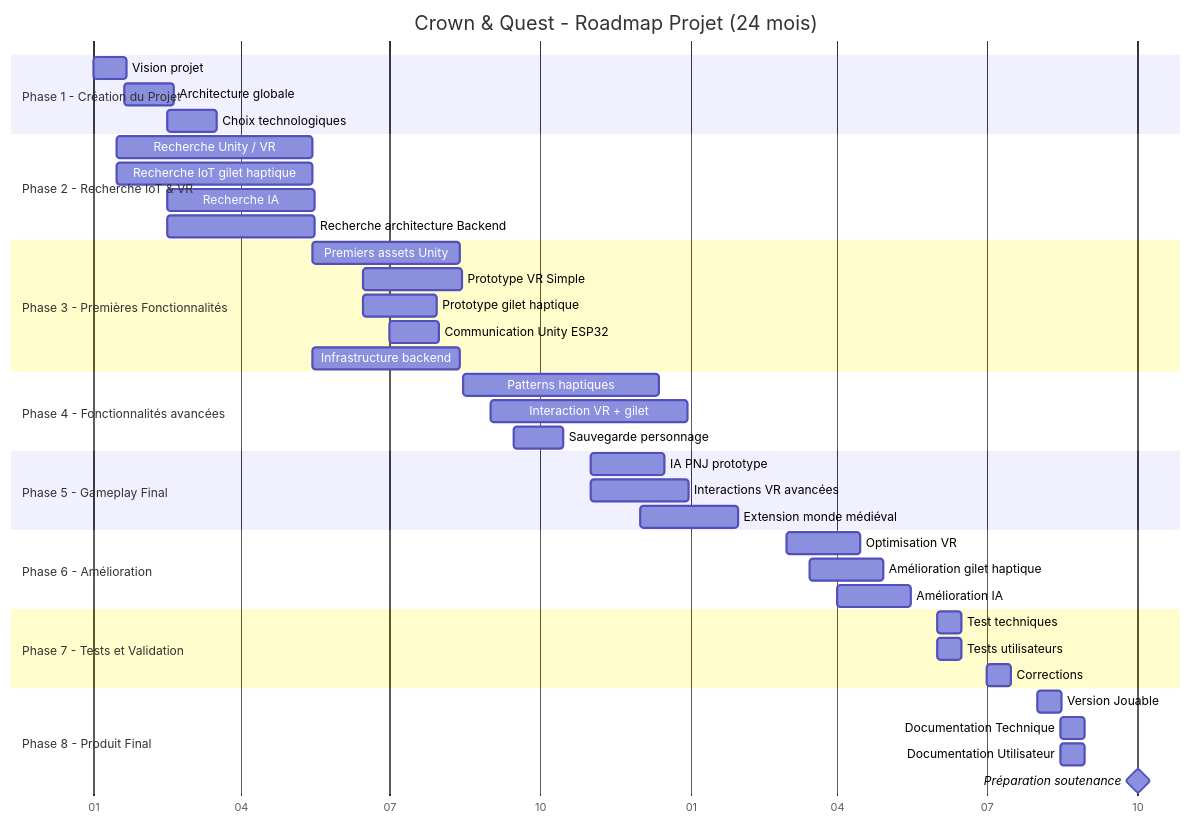
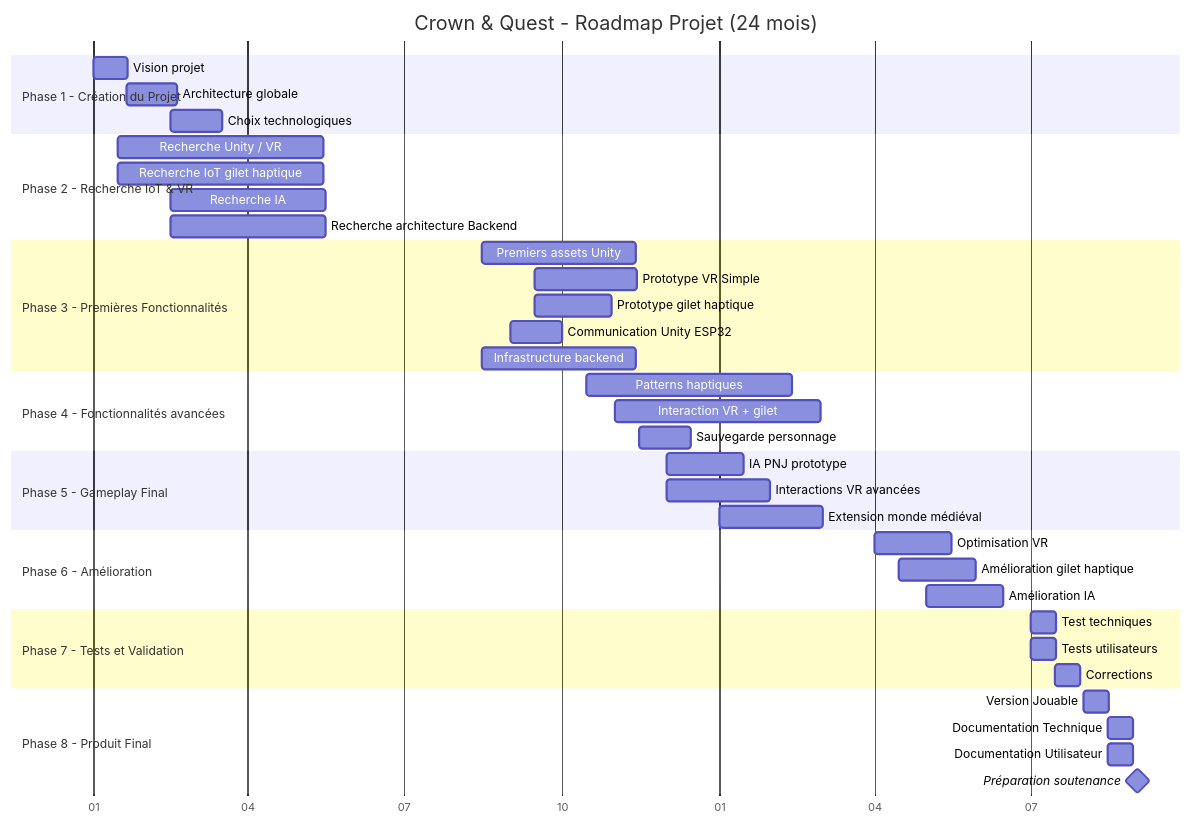
The diagram in docs/Architecture/gantt.md (Crown-Quest/docs), drawn with Mermaid before and after one commit.

Commit message:
doc(architecture): mettre à jour les dates du gantt

````diff
--- a/docs/Architecture/gantt.md
+++ b/docs/Architecture/gantt.md
@@ -1,50 +1,50 @@
 ```mermaid
 gantt
 title Crown & Quest - Roadmap Projet (24 mois)
 dateFormat YYYY-MM-DD
 axisFormat %m
 
 section Phase 1 - Création du Projet
 Vision projet :p1a, 2026-01-01, 20d
 Architecture globale :p1b, 2026-01-20, 30d
 Choix technologiques :p1c, 2026-02-15, 30d
 
 section Phase 2 - Recherche IoT & VR
 Recherche Unity / VR :p2a, 2026-01-15, 120d
 Recherche IoT gilet haptique :p2b, 2026-01-15, 120d
 Recherche IA :p2c, 2026-02-15, 90d
 Recherche architecture Backend :p2d, 2026-02-15, 90d
 
 section Phase 3 - Premières Fonctionnalités
-Premiers assets Unity :p3a, 2026-05-15, 90d
-Prototype VR Simple :p3b, 2026-06-15, 60d
-Prototype gilet haptique :p3c, 2026-06-15, 45d
-Communication Unity ESP32 :p3d, 2026-07-01, 30d
-Infrastructure backend :p3e, 2026-05-15, 90d
+Premiers assets Unity :p3a, 2026-08-15, 90d
+Prototype VR Simple :p3b, 2026-09-15, 60d
+Prototype gilet haptique :p3c, 2026-09-15, 45d
+Communication Unity ESP32 :p3d, 2026-09-01, 30d
+Infrastructure backend :p3e, 2026-08-15, 90d
 
 section Phase 4 - Fonctionnalités avancées
-Patterns haptiques :p4a, 2026-08-15, 120d
-Interaction VR + gilet :p4b, 2026-09-01, 120d
-Sauvegarde personnage :p4c, 2026-09-15, 30d
+Patterns haptiques :p4a, 2026-10-15, 120d
+Interaction VR + gilet :p4b, 2026-11-01, 120d
+Sauvegarde personnage :p4c, 2026-11-15, 30d
 
 section Phase 5 - Gameplay Final
-IA PNJ prototype :p5a, 2026-11-01, 45d
-Interactions VR avancées :p5b, 2026-11-01, 60d
-Extension monde médiéval :p5c, 2026-12-01, 60d
+IA PNJ prototype :p5a, 2026-12-01, 45d
+Interactions VR avancées :p5b, 2026-12-01, 60d
+Extension monde médiéval :p5c, 2027-01-01, 60d
 
 section Phase 6 - Amélioration
-Optimisation VR :p6a, 2027-03-01, 45d
-Amélioration gilet haptique :p6b, 2027-03-15, 45d
-Amélioration IA :p6c, 2027-04-01, 45d
+Optimisation VR :p6a, 2027-04-01, 45d
+Amélioration gilet haptique :p6b, 2027-04-15, 45d
+Amélioration IA :p6c, 2027-05-01, 45d
 
 section Phase 7 - Tests et Validation
-Test techniques: p7a,2027-06-01, 15d
-Tests utilisateurs :p7b, 2027-06-01, 15d
-Corrections :p7c, 2027-07-01, 15d
+Test techniques: p7a,2027-07-01, 15d
+Tests utilisateurs :p7b, 2027-07-01, 15d
+Corrections :p7c, 2027-07-15, 15d
 
 section Phase 8 - Produit Final
 Version Jouable :p8a, 2027-08-01, 15d
 Documentation Technique :p8b, 2027-08-15, 15d
 Documentation Utilisateur :p8c, 2027-08-15, 15d
-Préparation soutenance :milestone, 2027-10-01, 1d
+Préparation soutenance :milestone, 2027-09-01, 1d
 ```
````
